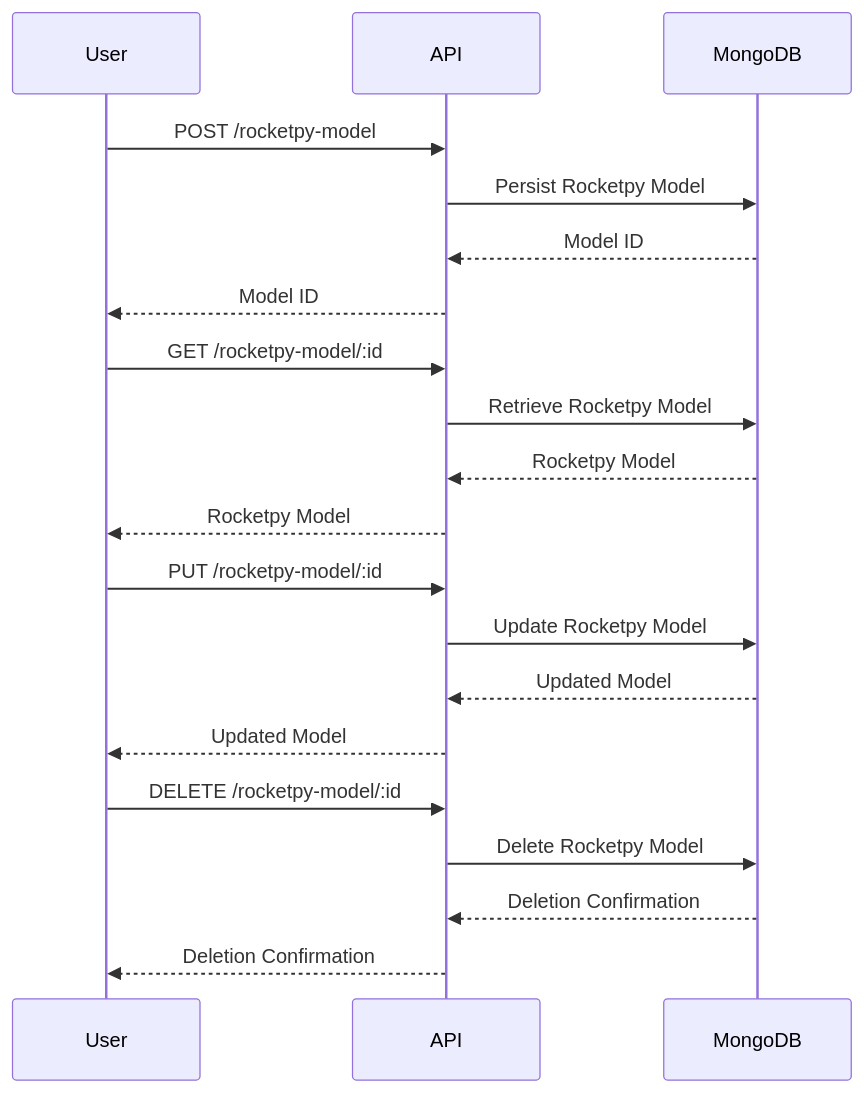
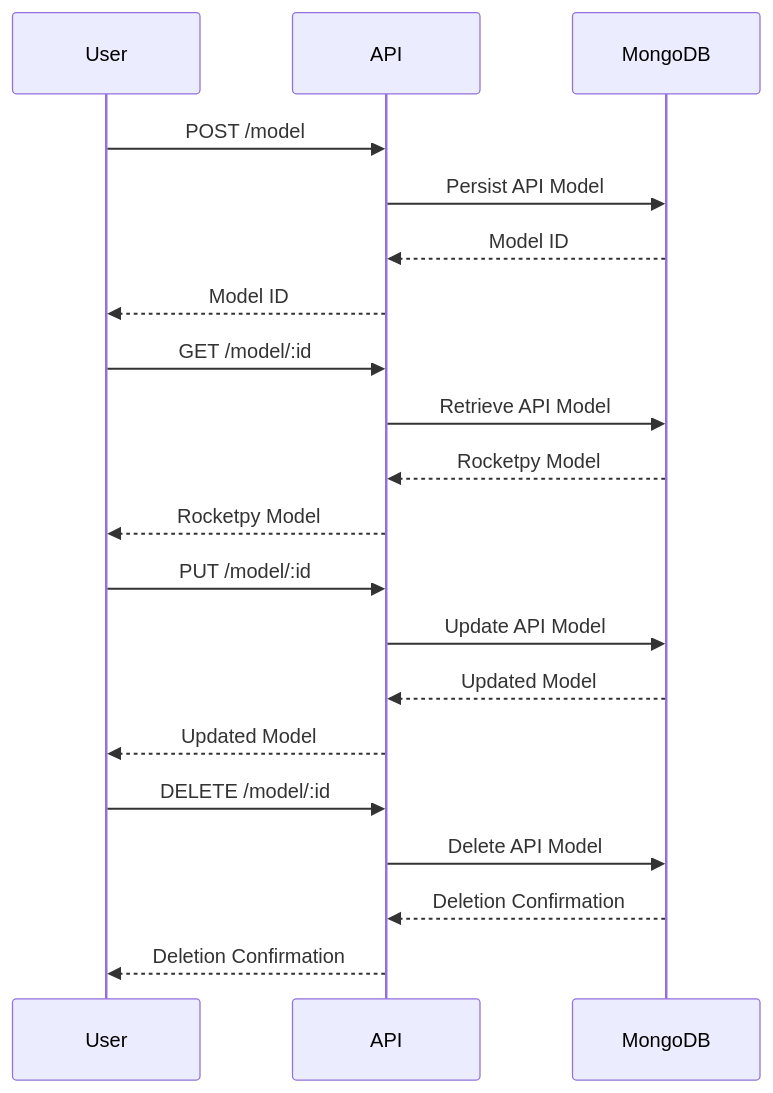
Before and after one commit to RocketPy-Team/Infinity-API: the first of 2 diagrams in README.md, drawn with Mermaid. The commit also changed other lines of this file, not shown here.

````diff
--- a/README.md
+++ b/README.md
@@ -134,27 +134,27 @@
 ```mermaid
 sequenceDiagram
     participant User
     participant API
     participant MongoDB
 
-    User ->> API: POST /rocketpy-model    
-    API ->> MongoDB: Persist Rocketpy Model
+    User ->> API: POST /model    
+    API ->> MongoDB: Persist API Model
     MongoDB -->> API: Model ID
     API -->> User: Model ID
 
-    User ->> API: GET /rocketpy-model/:id
-    API ->> MongoDB: Retrieve Rocketpy Model
+    User ->> API: GET /model/:id
+    API ->> MongoDB: Retrieve API Model
     MongoDB -->> API: Rocketpy Model
     API -->> User: Rocketpy Model
 
-    User ->> API: PUT /rocketpy-model/:id
-    API ->> MongoDB: Update Rocketpy Model
+    User ->> API: PUT /model/:id
+    API ->> MongoDB: Update API Model
     MongoDB -->> API: Updated Model
     API -->> User: Updated Model
 
-    User ->> API: DELETE /rocketpy-model/:id
-    API ->> MongoDB: Delete Rocketpy Model
+    User ->> API: DELETE /model/:id
+    API ->> MongoDB: Delete API Model
     MongoDB -->> API: Deletion Confirmation
     API -->> User: Deletion Confirmation
 
 ```
````
